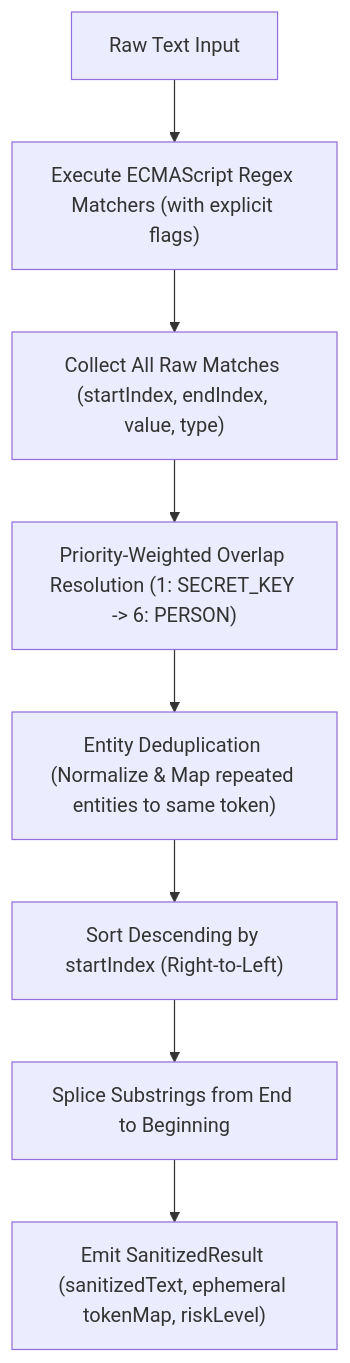
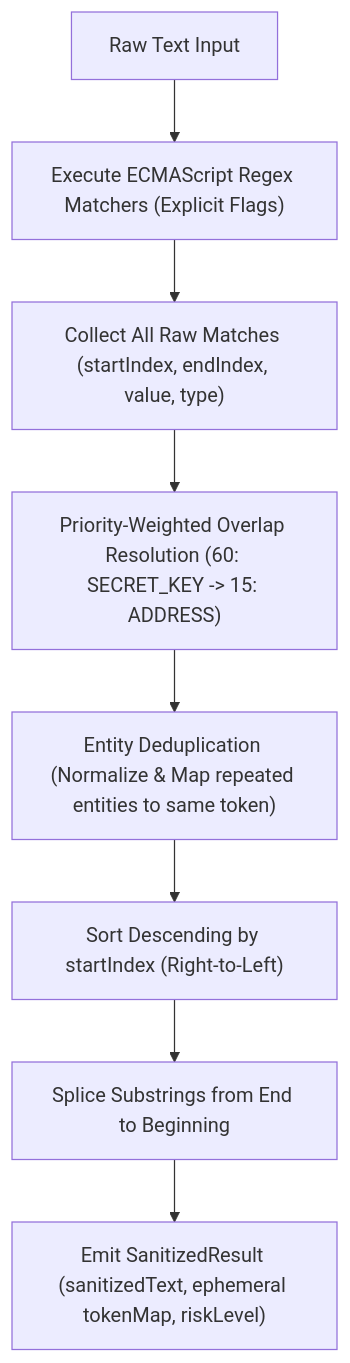
The second of 2 diagrams in docs/spec/privacy-guard-spec.md (lukasmatusiewicz/OSCAR), drawn with Mermaid before and after one commit. The commit also changed other lines of this file and 4 other files, not shown here.

Commit message:
docs(spec): add ADDRESS category and hybrid multilingual privacy architecture

````diff
--- a/docs/spec/privacy-guard-spec.md
+++ b/docs/spec/privacy-guard-spec.md
@@ -47,10 +104,10 @@
 ```mermaid
 flowchart TD
-    Raw["Raw Text Input"] --> Scan["Execute ECMAScript Regex Matchers (with explicit flags)"]
+    Raw["Raw Text Input"] --> Scan["Execute ECMAScript Regex Matchers (Explicit Flags)"]
     Scan --> Collect["Collect All Raw Matches (startIndex, endIndex, value, type)"]
-    Collect --> Overlap["Priority-Weighted Overlap Resolution (1: SECRET_KEY -> 6: PERSON)"]
+    Collect --> Overlap["Priority-Weighted Overlap Resolution (60: SECRET_KEY -> 15: ADDRESS)"]
     Overlap --> Dedupe["Entity Deduplication (Normalize & Map repeated entities to same token)"]
     Dedupe --> Sort["Sort Descending by startIndex (Right-to-Left)"]
     Sort --> Splice["Splice Substrings from End to Beginning"]
     Splice --> Out["Emit SanitizedResult (sanitizedText, ephemeral tokenMap, riskLevel)"]
 ```
````
